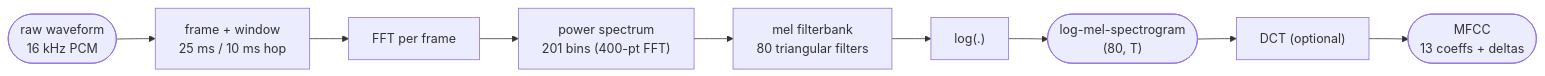
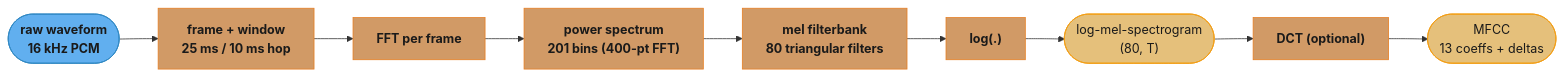
One commit to rppol/system-design changed the first of 9 diagrams in src/main/java/com/rutik/systemdesign/ml/speech_and_audio_ml/speech_and_audio_ml.md. Above: the diagram before and after it, drawn with Mermaid. The commit also changed other lines of this file and 38 other files, not shown here.

````diff
--- a/src/main/java/com/rutik/systemdesign/ml/speech_and_audio_ml/speech_and_audio_ml.md
+++ b/src/main/java/com/rutik/systemdesign/ml/speech_and_audio_ml/speech_and_audio_ml.md
@@ -143,11 +143,23 @@
 ```mermaid
 flowchart LR
+    classDef io      fill:#61afef,stroke:#2e86c1,color:#1a1a1a,font-weight:bold
+    classDef frozen  fill:#c678dd,stroke:#9b59b6,color:#fff
+    classDef train   fill:#98c379,stroke:#27ae60,color:#1a1a1a
+    classDef mathOp  fill:#d19a66,stroke:#e67e22,color:#1a1a1a,font-weight:bold
+    classDef lossN   fill:#e06c75,stroke:#c0392b,color:#fff,font-weight:bold
+    classDef req     fill:#56b6c2,stroke:#0097a7,color:#1a1a1a
+    classDef base    fill:#e5c07b,stroke:#f39c12,color:#1a1a1a
+
     wav(["raw waveform\n16 kHz PCM"]) --> frame["frame + window\n25 ms / 10 ms hop"]
     frame --> fft["FFT per frame"]
     fft --> mag["power spectrum\n201 bins (400-pt FFT)"]
     mag --> mel["mel filterbank\n80 triangular filters"]
     mel --> logf["log(.)"]
     logf --> melspec(["log-mel-spectrogram\n(80, T)"])
     melspec --> dct["DCT (optional)"]
     dct --> mfcc(["MFCC\n13 coeffs + deltas"])
+
+    class wav io
+    class frame,fft,mag,mel,logf,dct mathOp
+    class melspec,mfcc base
 ```
````
